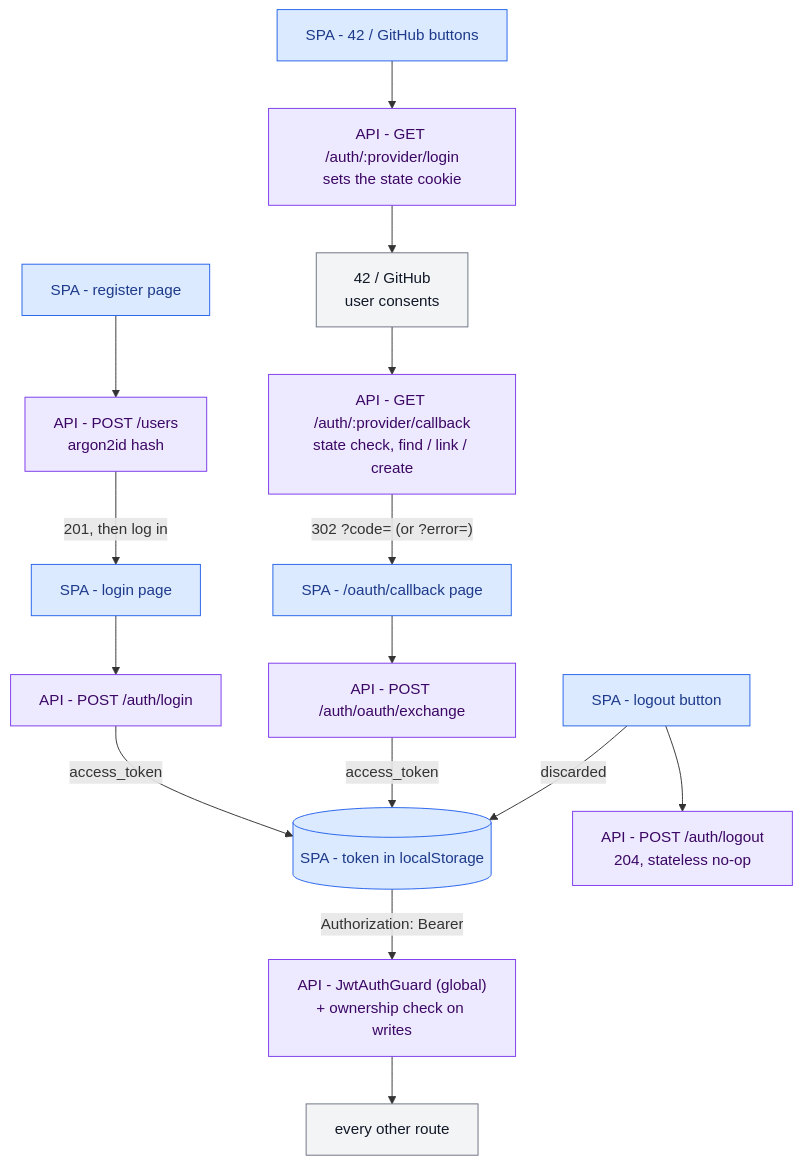
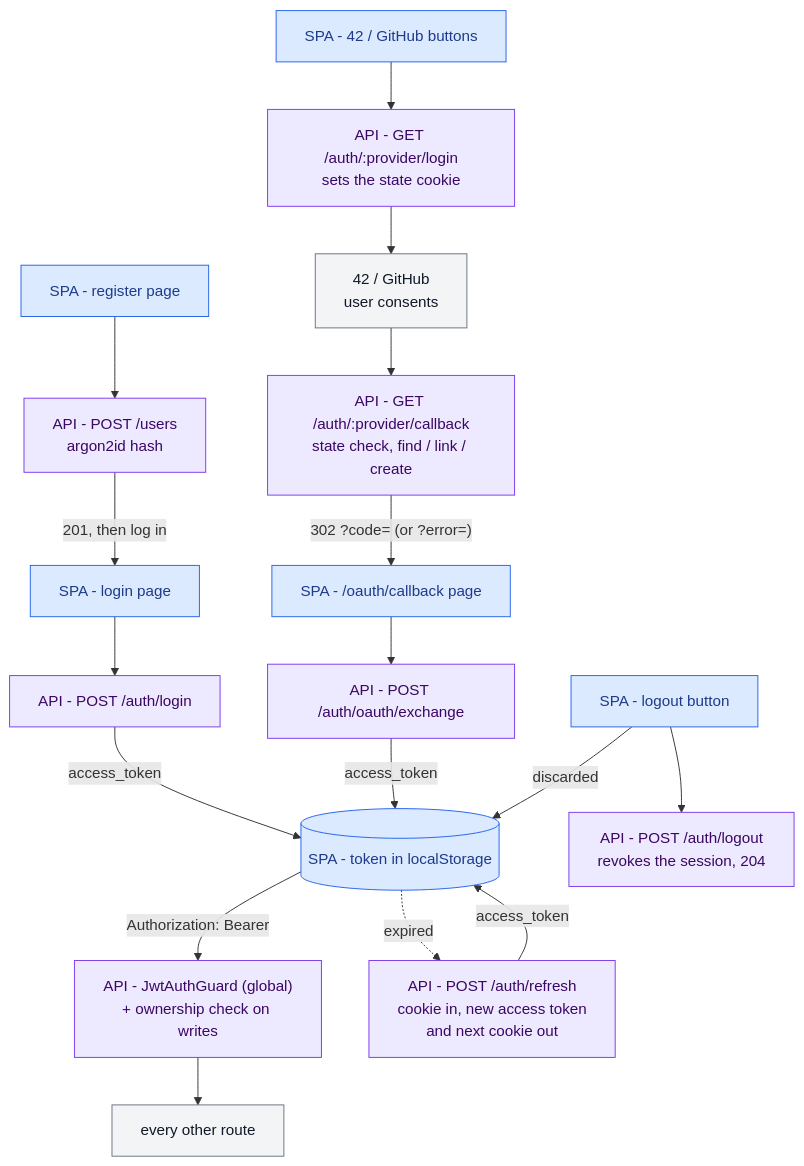
One commit to kidp8479/42_hypertube changed the first of 8 diagrams in docs/diagrams/auth.md. Above: the diagram before and after it, drawn with Mermaid. The commit also changed other lines of this file and 12 other files, not shown here.

First line of the commit message:
docs(HYP-77): ADR-0011, the refresh and logout flows, and what they change elsewhere

````diff
--- a/docs/diagrams/auth.md
+++ b/docs/diagrams/auth.md
@@ -19,27 +19,29 @@
 ```mermaid
 flowchart TD
     reg["SPA - register page"] --> postUsers["API - POST /users<br/>argon2id hash"]
     postUsers -- "201, then log in" --> login["SPA - login page"]
     login --> postLogin["API - POST /auth/login"]
 
     btns["SPA - 42 / GitHub buttons"] --> oLogin["API - GET /auth/:provider/login<br/>sets the state cookie"]
     oLogin --> prov["42 / GitHub<br/>user consents"]
     prov --> oCb["API - GET /auth/:provider/callback<br/>state check, find / link / create"]
     oCb -- "302 ?code= (or ?error=)" --> cbpage["SPA - /oauth/callback page"]
     cbpage --> exch["API - POST /auth/oauth/exchange"]
 
     postLogin -- "access_token" --> token[("SPA - token in localStorage")]
     exch -- "access_token" --> token
     token -- "Authorization: Bearer" --> jwt["API - JwtAuthGuard (global)<br/>+ ownership check on writes"]
     jwt --> routes["every other route"]
+    token -. "expired" .-> refresh["API - POST /auth/refresh<br/>cookie in, new access token<br/>and next cookie out"]
+    refresh -- "access_token" --> token
 
-    out["SPA - logout button"] --> postLogout["API - POST /auth/logout<br/>204, stateless no-op"]
+    out["SPA - logout button"] --> postLogout["API - POST /auth/logout<br/>revokes the session, 204"]
     out -- "discarded" --> token
 
     classDef spa fill:#dbeafe,stroke:#2563eb,color:#1e3a8a
     classDef api fill:#ede9fe,stroke:#7c3aed,color:#3b0764
     classDef ext fill:#f3f4f6,stroke:#6b7280,color:#111827
     class reg,login,btns,cbpage,token,out spa
-    class postUsers,postLogin,oLogin,oCb,exch,jwt,postLogout api
+    class postUsers,postLogin,oLogin,oCb,exch,jwt,postLogout,refresh api
     class prov,routes ext
 ```
````
